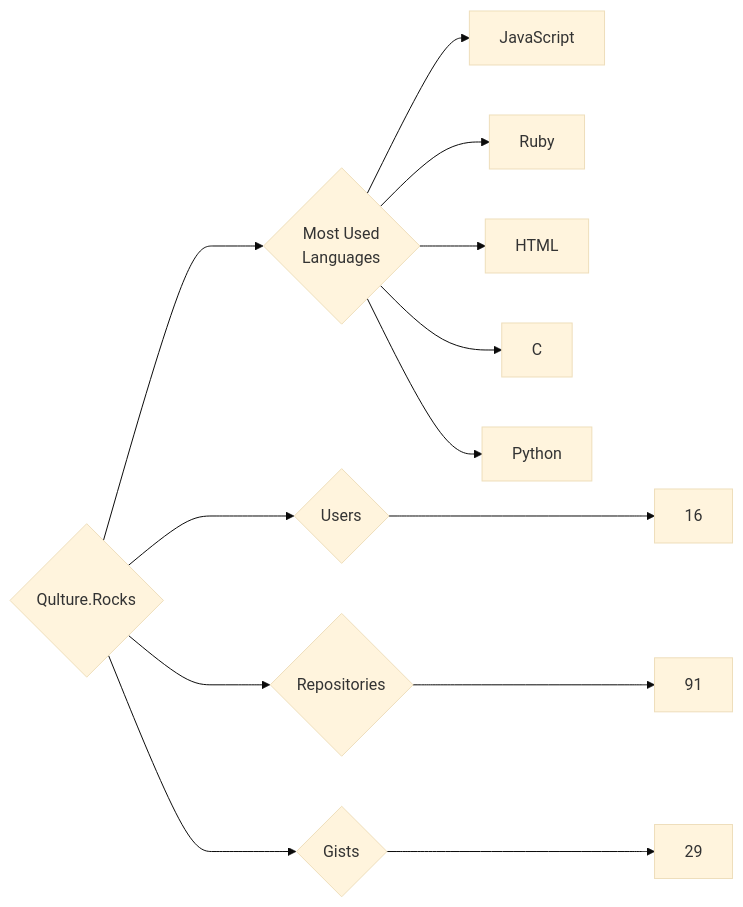
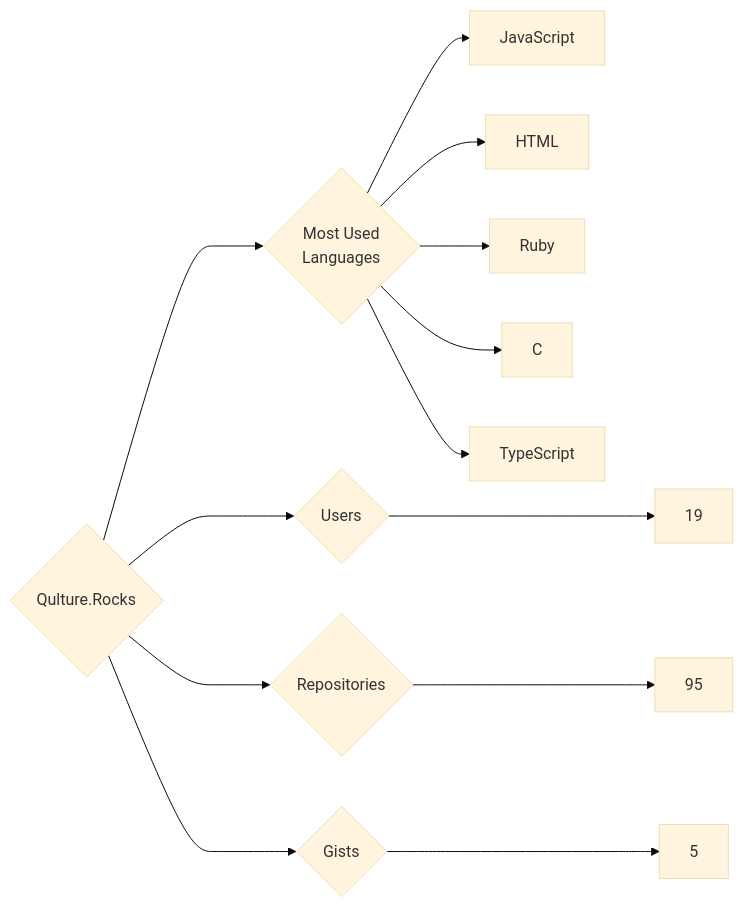
One commit to trickest/insiders changed the diagram in targets/Qulture.Rocks/README.md. Above: the diagram before and after it, drawn with Mermaid (base theme). The commit also changed 965 other files, not shown here.

````diff
--- a/targets/Qulture.Rocks/README.md
+++ b/targets/Qulture.Rocks/README.md
@@ -3,13 +3,13 @@
 ```mermaid
 graph LR
 COMPANY_NAME{Qulture.Rocks}
-COMPANY_NAME ---> U{Users} ---> UN[16]
-COMPANY_NAME ---> R{Repositories} ---> RN[91]
-COMPANY_NAME ---> G{Gists} ---> GN[29]
+COMPANY_NAME ---> U{Users} ---> UN[19]
+COMPANY_NAME ---> R{Repositories} ---> RN[95]
+COMPANY_NAME ---> G{Gists} ---> GN[5]
 COMPANY_NAME ---> ML{Most Used<br>Languages}
 ML --> JavaScript[JavaScript]
+ML --> HTML[HTML]
 ML --> Ruby[Ruby]
-ML --> HTML[HTML]
 ML --> C[C]
-ML --> Python[Python]
+ML --> TypeScript[TypeScript]
 ```
````
